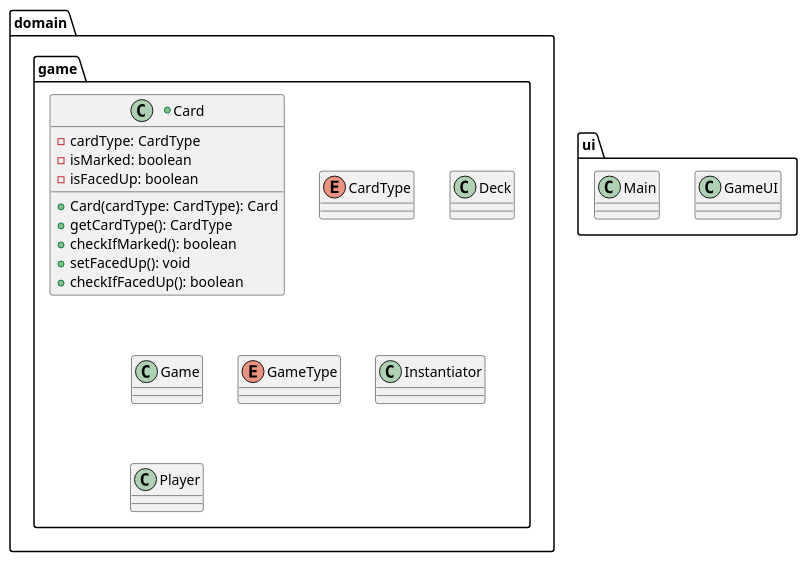
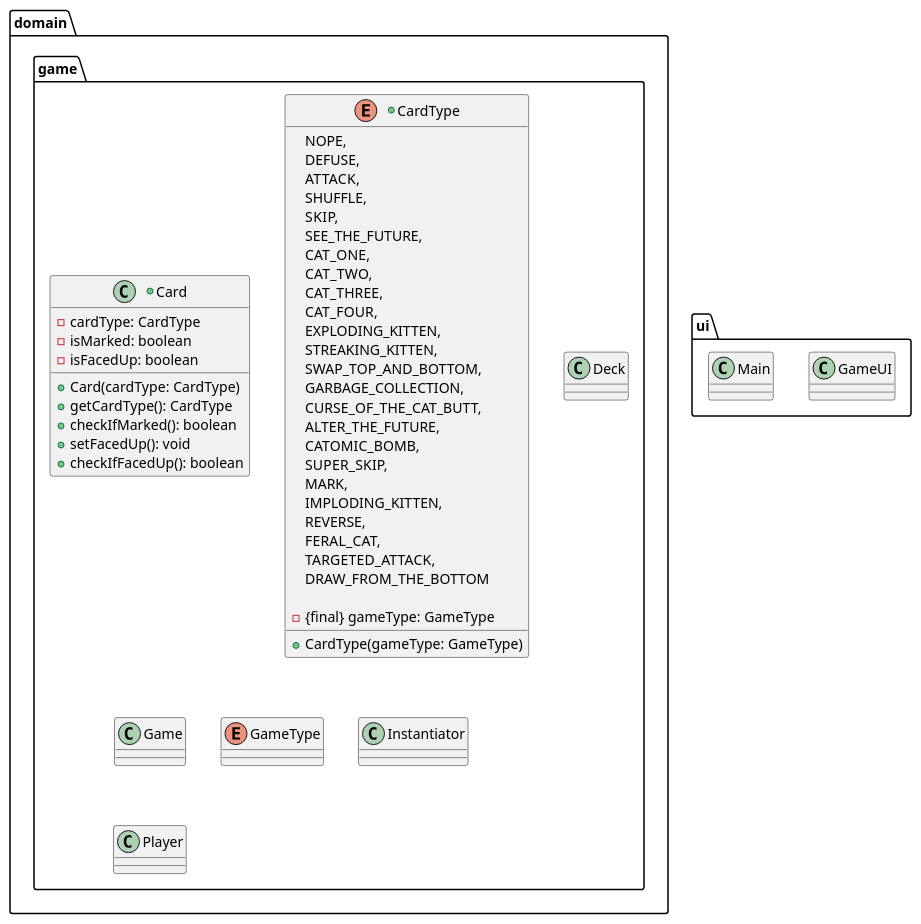
One commit to nu-cs-sw-design/project-20252601-exploding-cats changed the diagram in docs/design/given-design.puml. Above: the diagram before and after it, drawn with PlantUML.

Commit message:
added options, variables, and methods for CardType enum

```diff
--- a/docs/design/given-design.puml
+++ b/docs/design/given-design.puml
@@ -1,47 +1,76 @@
 @startuml
 
 package domain.game {
     +class Card {
         -cardType: CardType
         -isMarked: boolean
         -isFacedUp: boolean
 
-        +Card(cardType: CardType): Card
+        +Card(cardType: CardType)
         +getCardType(): CardType
         +checkIfMarked(): boolean
         +setFacedUp(): void
         +checkIfFacedUp(): boolean
     }
 
-    enum CardType {
+    +enum CardType {
+        'QUESTION: should i specify the GameType enum that's passed into each of these CardType enums?
+        NOPE,
+        DEFUSE,
+        ATTACK,
+        SHUFFLE,
+        SKIP,
+        SEE_THE_FUTURE,
+        CAT_ONE,
+        CAT_TWO,
+        CAT_THREE,
+        CAT_FOUR,
+        EXPLODING_KITTEN,
+        STREAKING_KITTEN,
+        SWAP_TOP_AND_BOTTOM,
+        GARBAGE_COLLECTION,
+        CURSE_OF_THE_CAT_BUTT,
+        ALTER_THE_FUTURE,
+        CATOMIC_BOMB,
+        SUPER_SKIP,
+        MARK,
+        IMPLODING_KITTEN,
+        REVERSE,
+        FERAL_CAT,
+        TARGETED_ATTACK,
+        DRAW_FROM_THE_BOTTOM
+
+        -{final} gameType: GameType
+
+        +CardType(gameType: GameType)
     }
 
     class Deck {
     }
 
     class Game {
     }
 
     enum GameType {
     }
 
     class Instantiator {
     }
 
     class Player {
     }
 }
 
 package ui {
     class GameUI {
     }
 
     class Main {
     }
 }
 
 'QUESTIONS:
 '-how to best represent the resource bundle? package? class?
 '-out of curiosity, are tests ever part of a design diagram?
 
 @enduml
```
